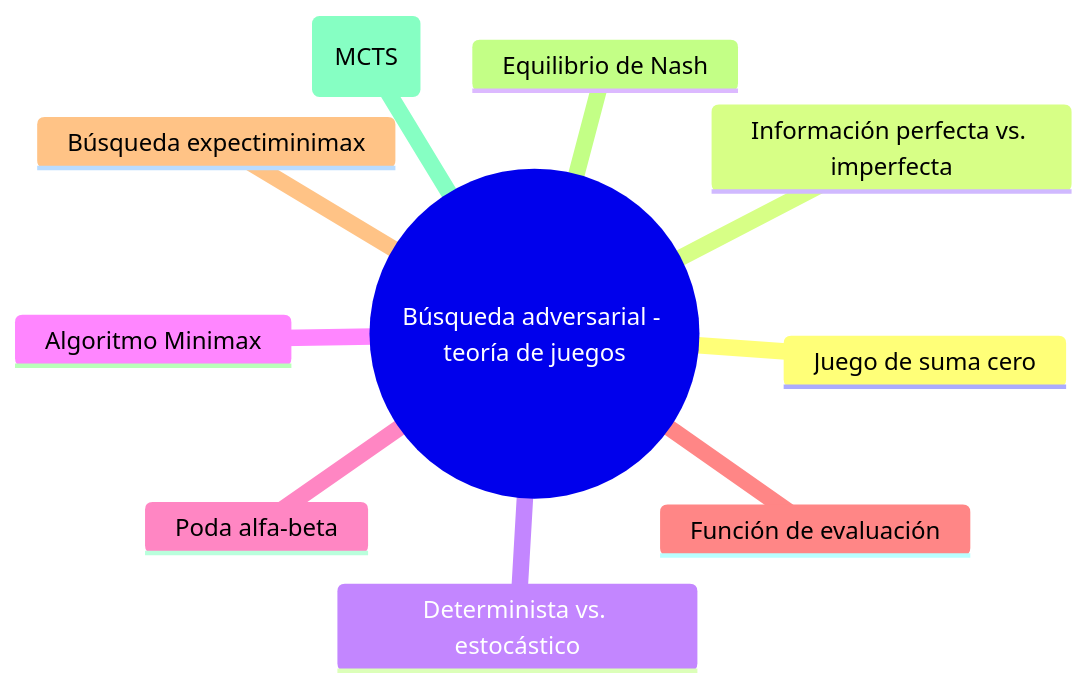
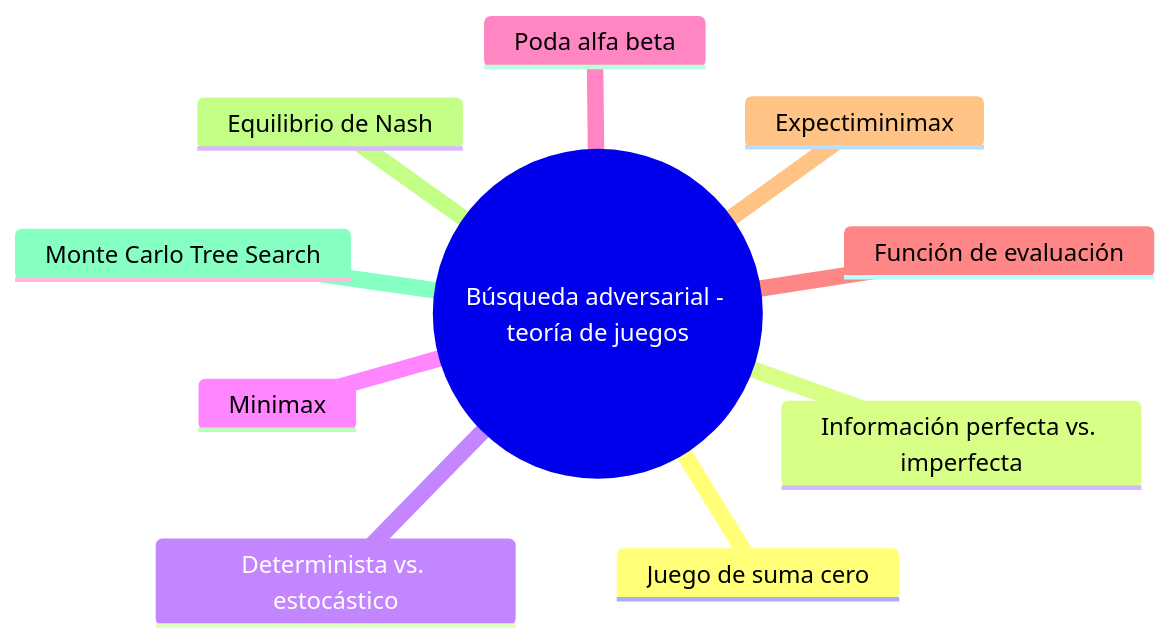
Before and after one commit to rgglez/rgglez-website: the seventh of 17 diagrams in src/src/data/blog/2026/05/es/glosario-razonamiento-planificacion.mdx, drawn with Mermaid. The commit also changed other lines of this file, not shown here.

````diff
--- a/src/src/data/blog/2026/05/es/glosario-razonamiento-planificacion.mdx
+++ b/src/src/data/blog/2026/05/es/glosario-razonamiento-planificacion.mdx
@@ -849,13 +889,13 @@
 ```mermaid
 mindmap
   root(("Búsqueda adversarial - teoría de juegos"))
     Juego de suma cero
     Información perfecta vs. imperfecta
     Determinista vs. estocástico
-    Algoritmo Minimax
-    Poda alfa-beta
+    Minimax
+    Poda alfa beta
     Función de evaluación
-    Búsqueda expectiminimax
+    Expectiminimax
     Equilibrio de Nash
-    Monte Carlo Tree Search (MCTS)
+    Monte Carlo Tree Search
 ```
````
